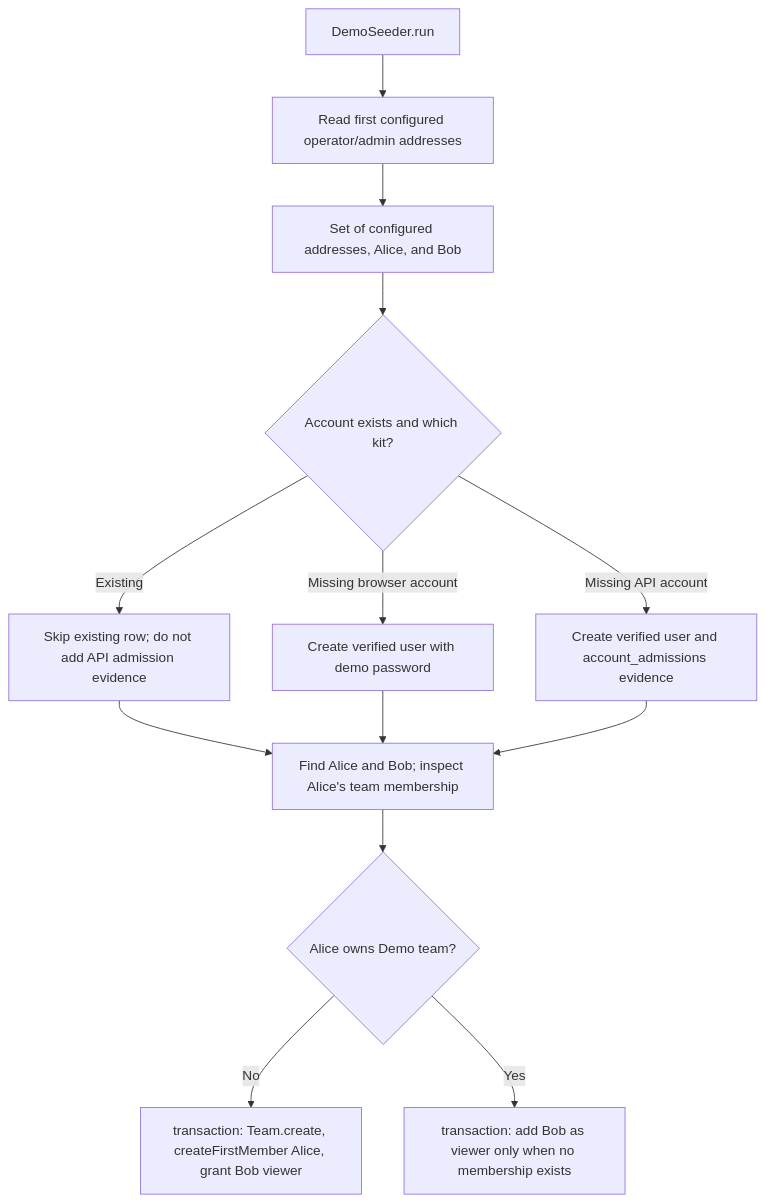
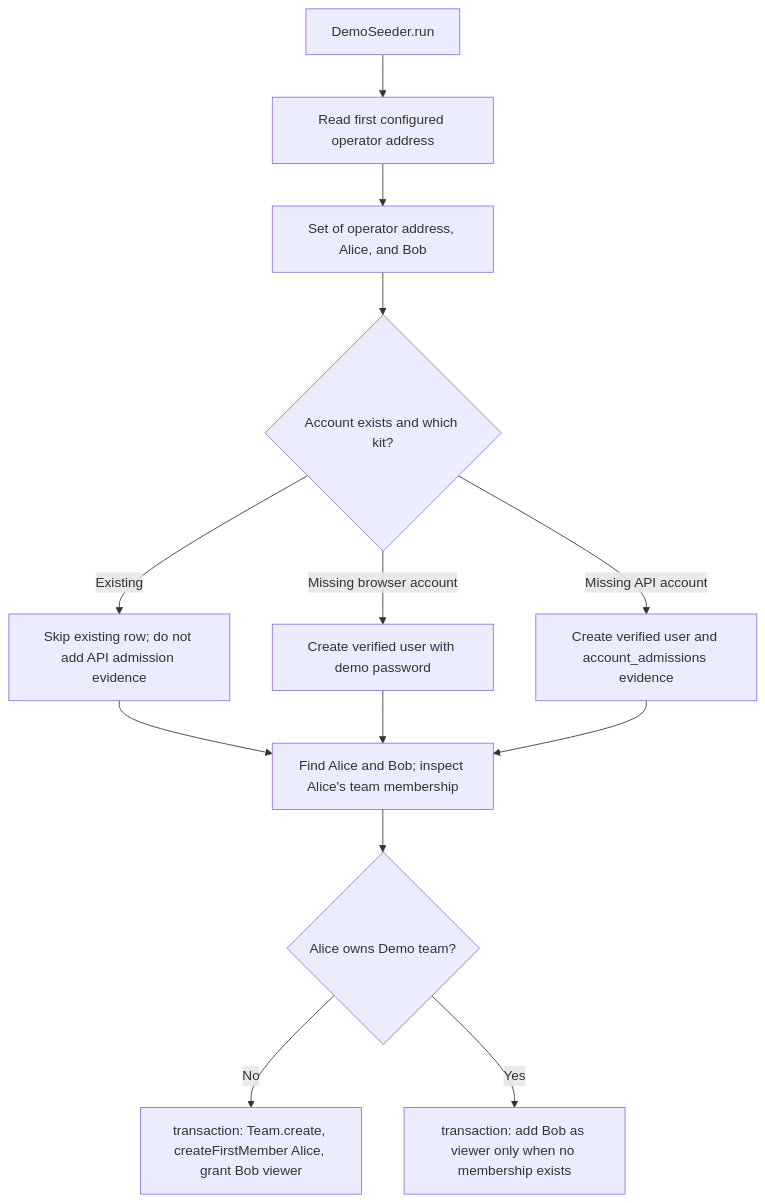
One commit to Kevinjohn/oss-adonisjs-starter-examples changed the second of 2 diagrams in user-stories/demo/us-demo-01-seed-demo-data.md. Above: the diagram before and after it, drawn with Mermaid. The commit also changed other lines of this file and 107 other files, not shown here.

````diff
--- a/user-stories/demo/us-demo-01-seed-demo-data.md
+++ b/user-stories/demo/us-demo-01-seed-demo-data.md
@@ -40,15 +40,15 @@
 ```mermaid
 flowchart TD
-    A["DemoSeeder.run"] --> B["Read first configured operator/admin addresses"]
-    B --> C["Set of configured addresses, Alice, and Bob"]
+    A["DemoSeeder.run"] --> B["Read first configured operator address"]
+    B --> C["Set of operator address, Alice, and Bob"]
     C --> D{"Account exists and which kit?"}
     D -->|Existing| E["Skip existing row; do not add API admission evidence"]
     D -->|Missing browser account| F["Create verified user with demo password"]
     D -->|Missing API account| G["Create verified user and account_admissions evidence"]
     E --> H["Find Alice and Bob; inspect Alice's team membership"]
     F --> H
     G --> H
     H --> I{"Alice owns Demo team?"}
     I -->|No| J["transaction: Team.create, createFirstMember Alice, grant Bob viewer"]
     I -->|Yes| K["transaction: add Bob as viewer only when no membership exists"]
 ```
````
